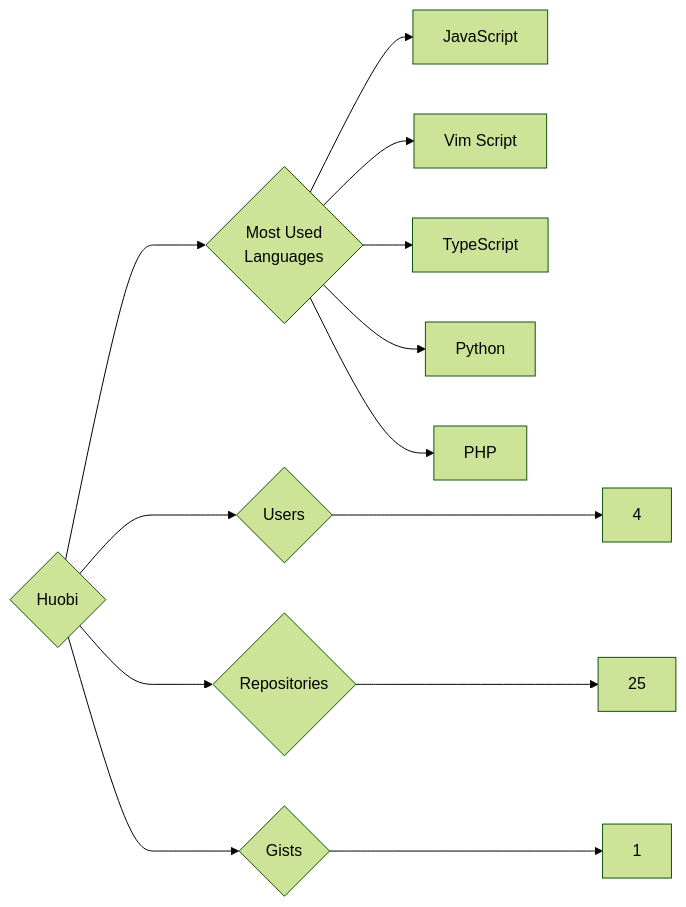
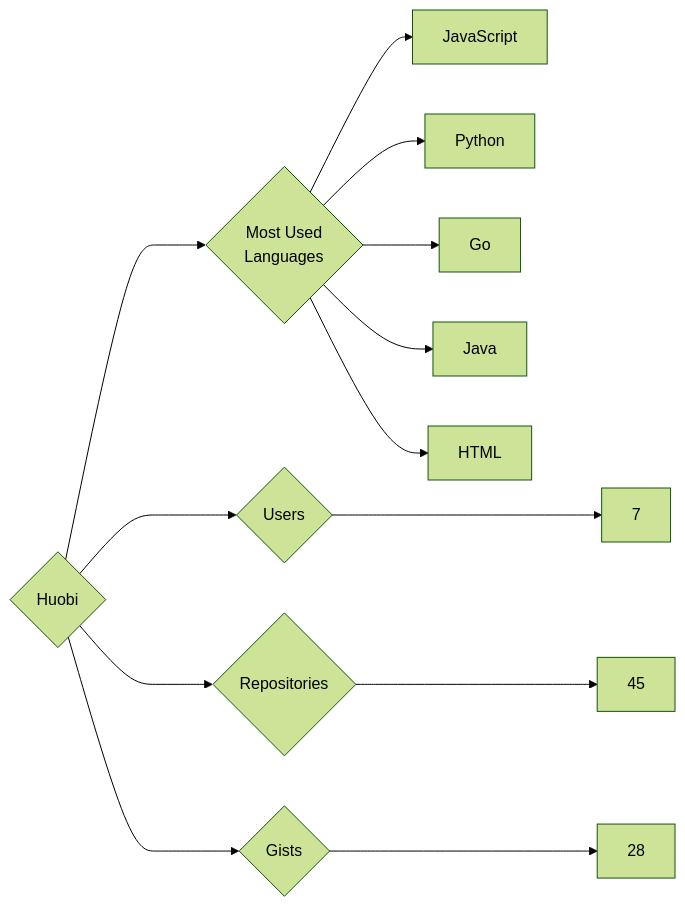
The diagram in targets/Huobi/README.md (trickest/insiders), drawn with Mermaid (forest theme) before and after one commit. The commit also changed 912 other files, not shown here.

````diff
--- a/targets/Huobi/README.md
+++ b/targets/Huobi/README.md
@@ -3,13 +3,13 @@
 ```mermaid
 graph LR
 COMPANY_NAME{Huobi}
-COMPANY_NAME ---> U{Users} ---> UN[4]
-COMPANY_NAME ---> R{Repositories} ---> RN[25]
-COMPANY_NAME ---> G{Gists} ---> GN[1]
+COMPANY_NAME ---> U{Users} ---> UN[7]
+COMPANY_NAME ---> R{Repositories} ---> RN[45]
+COMPANY_NAME ---> G{Gists} ---> GN[28]
 COMPANY_NAME ---> ML{Most Used<br>Languages}
 ML --> JavaScript[JavaScript]
-ML --> Vim_Script[Vim Script]
-ML --> TypeScript[TypeScript]
 ML --> Python[Python]
-ML --> PHP[PHP]
+ML --> Go[Go]
+ML --> Java[Java]
+ML --> HTML[HTML]
 ```
````
